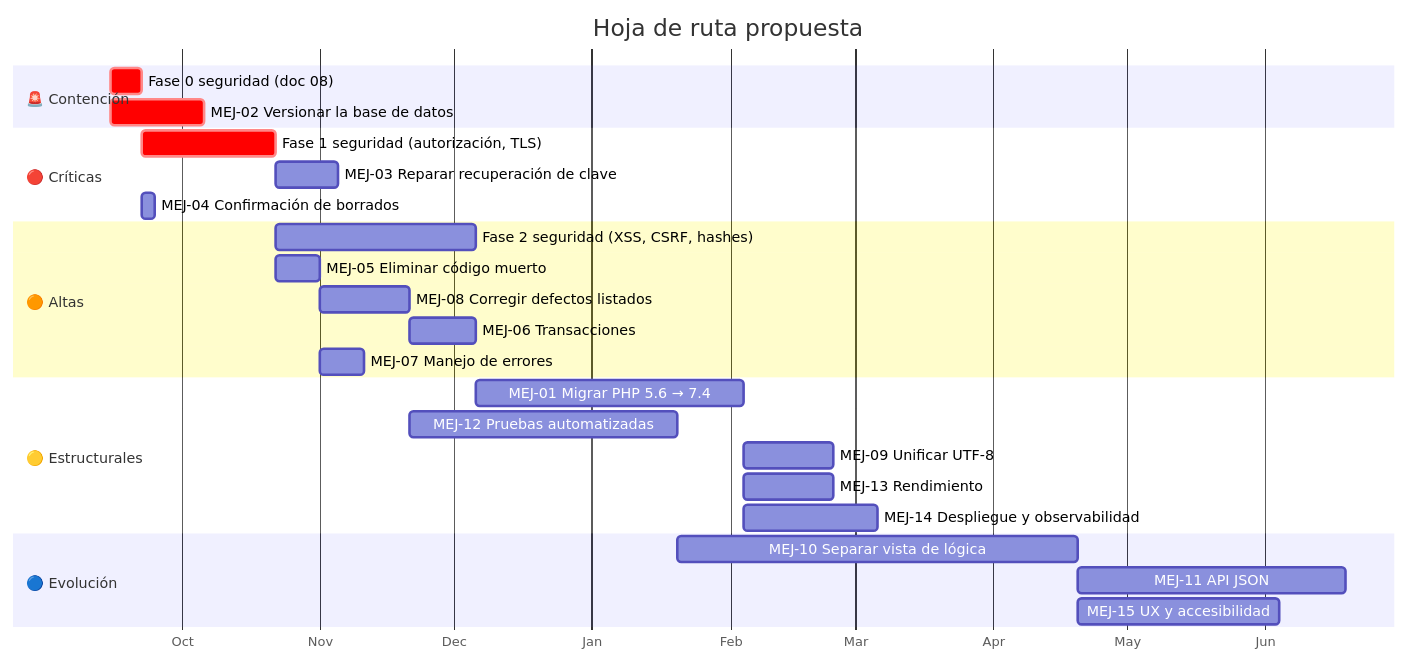
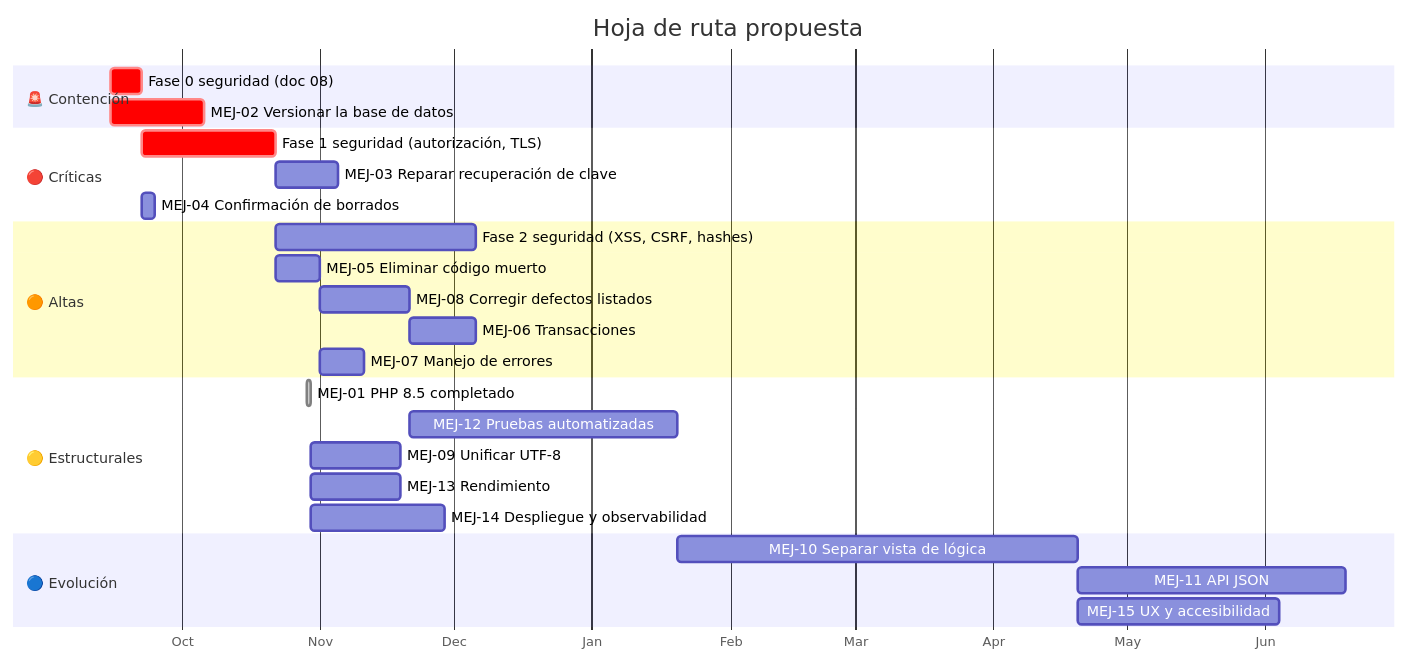
Before and after one commit to alvaroavx/avx-app-altotabancura: the second of 2 diagrams in docs/09-mejoras-deuda-tecnica.md, drawn with Mermaid. The commit also changed other lines of this file and 29 other files, not shown here.

````diff
--- a/docs/09-mejoras-deuda-tecnica.md
+++ b/docs/09-mejoras-deuda-tecnica.md
@@ -276,34 +273,34 @@
 ```mermaid
 gantt
     title Hoja de ruta propuesta
     dateFormat YYYY-MM-DD
     axisFormat %b
 
     section 🚨 Contención
     Fase 0 seguridad (doc 08)            :crit, f0, 2026-09-15, 7d
     MEJ-02 Versionar la base de datos    :crit, m2, 2026-09-15, 21d
 
     section 🔴 Críticas
     Fase 1 seguridad (autorización, TLS) :crit, f1, after f0, 30d
     MEJ-03 Reparar recuperación de clave :m3, after f1, 14d
     MEJ-04 Confirmación de borrados      :m4, after f0, 3d
 
     section 🟠 Altas
     Fase 2 seguridad (XSS, CSRF, hashes) :f2, after f1, 45d
     MEJ-05 Eliminar código muerto        :m5, after f1, 10d
     MEJ-08 Corregir defectos listados    :m8, after m5, 20d
     MEJ-06 Transacciones                 :m6, after m8, 15d
     MEJ-07 Manejo de errores             :m7, after m5, 10d
 
     section 🟡 Estructurales
-    MEJ-01 Migrar PHP 5.6 → 7.4          :m1, after f2, 60d
+    MEJ-01 PHP 8.5 completado              :done, m1, 2026-10-29, 1d
     MEJ-12 Pruebas automatizadas         :m12, after m8, 60d
     MEJ-09 Unificar UTF-8                :m9, after m1, 20d
     MEJ-13 Rendimiento                   :m13, after m1, 20d
     MEJ-14 Despliegue y observabilidad   :m14, after m1, 30d
 
     section 🔵 Evolución
     MEJ-10 Separar vista de lógica       :m10, after m12, 90d
     MEJ-11 API JSON                      :m11, after m10, 60d
     MEJ-15 UX y accesibilidad            :m15, after m10, 45d
 ```
````
